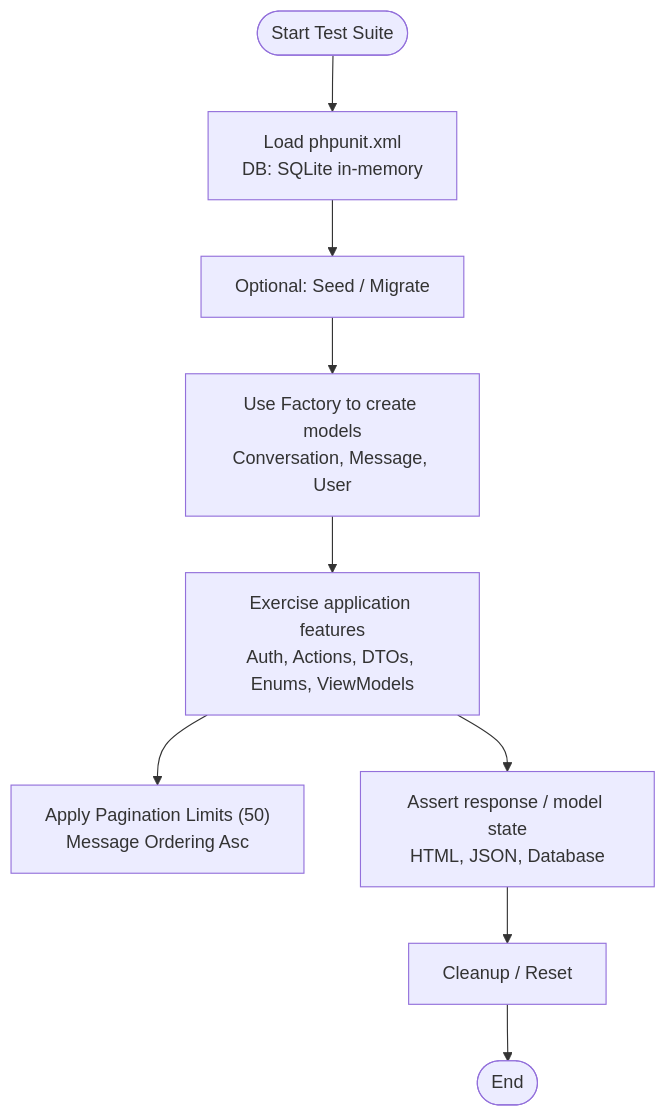
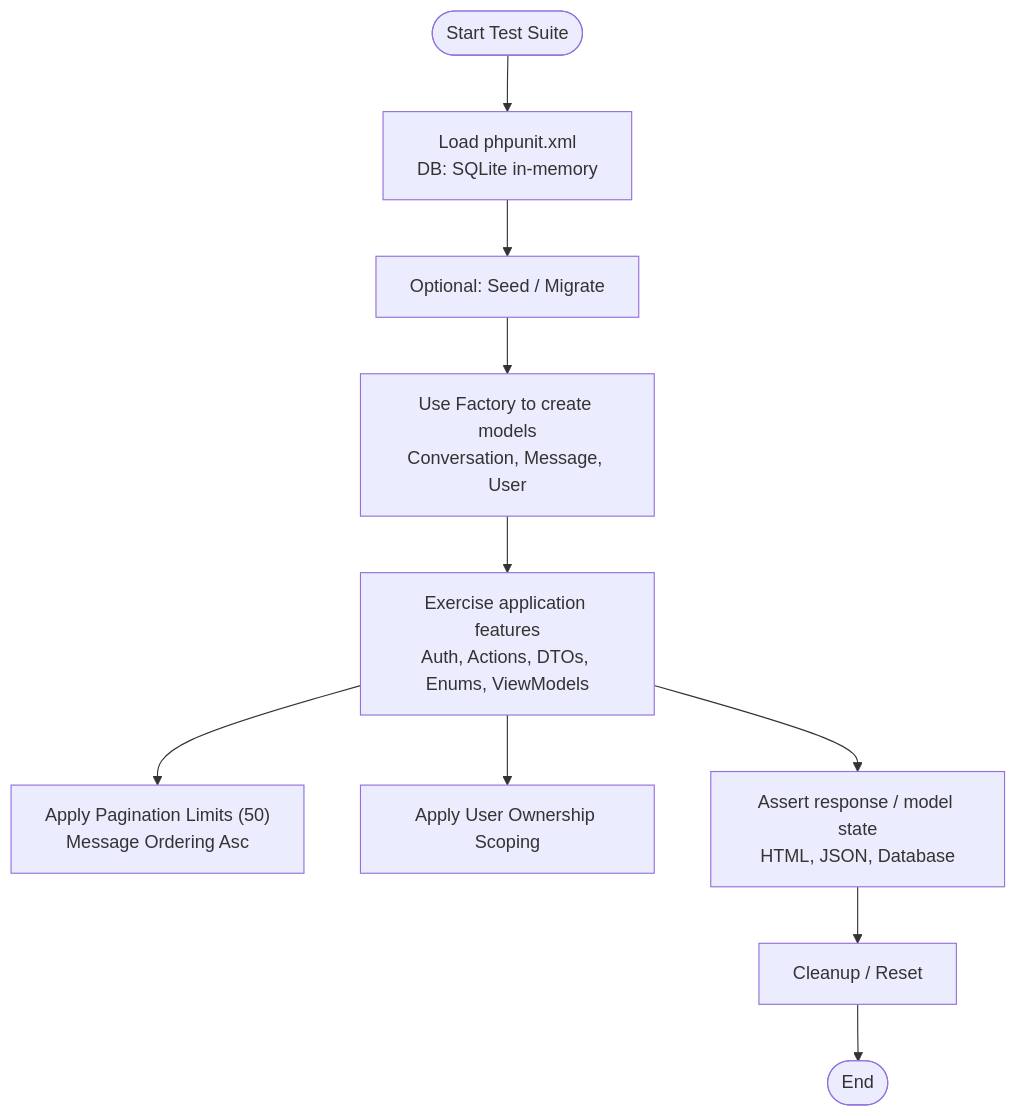
One commit to siimliimand/laravel-assistant changed the eighth of 12 diagrams in .qoder/repowiki/en/content/Testing Infrastructure/Testing Infrastructure.md. Above: the diagram before and after it, drawn with Mermaid. The commit also changed other lines of this file and 5 other files, not shown here.

First line of the commit message:
feat(auth): integrate comprehensive user authentication and ownership validation

````diff
--- a/.qoder/repowiki/en/content/Testing Infrastructure/Testing Infrastructure.md
+++ b/.qoder/repowiki/en/content/Testing Infrastructure/Testing Infrastructure.md
@@ -760,11 +808,12 @@
 ```mermaid
 flowchart TD
 Start(["Start Test Suite"]) --> LoadConfig["Load phpunit.xml<br/>DB: SQLite in-memory"]
 LoadConfig --> Seed["Optional: Seed / Migrate"]
 Seed --> CreateFactory["Use Factory to create models<br/>Conversation, Message, User"]
 CreateFactory --> Exercise["Exercise application features<br/>Auth, Actions, DTOs, Enums, ViewModels"]
 Exercise --> Pagination["Apply Pagination Limits (50)<br/>Message Ordering Asc"]
+Exercise --> Ownership["Apply User Ownership Scoping"]
 Exercise --> Assert["Assert response / model state<br/>HTML, JSON, Database"]
 Assert --> Cleanup["Cleanup / Reset"]
 Cleanup --> End(["End"])
 ```
````
